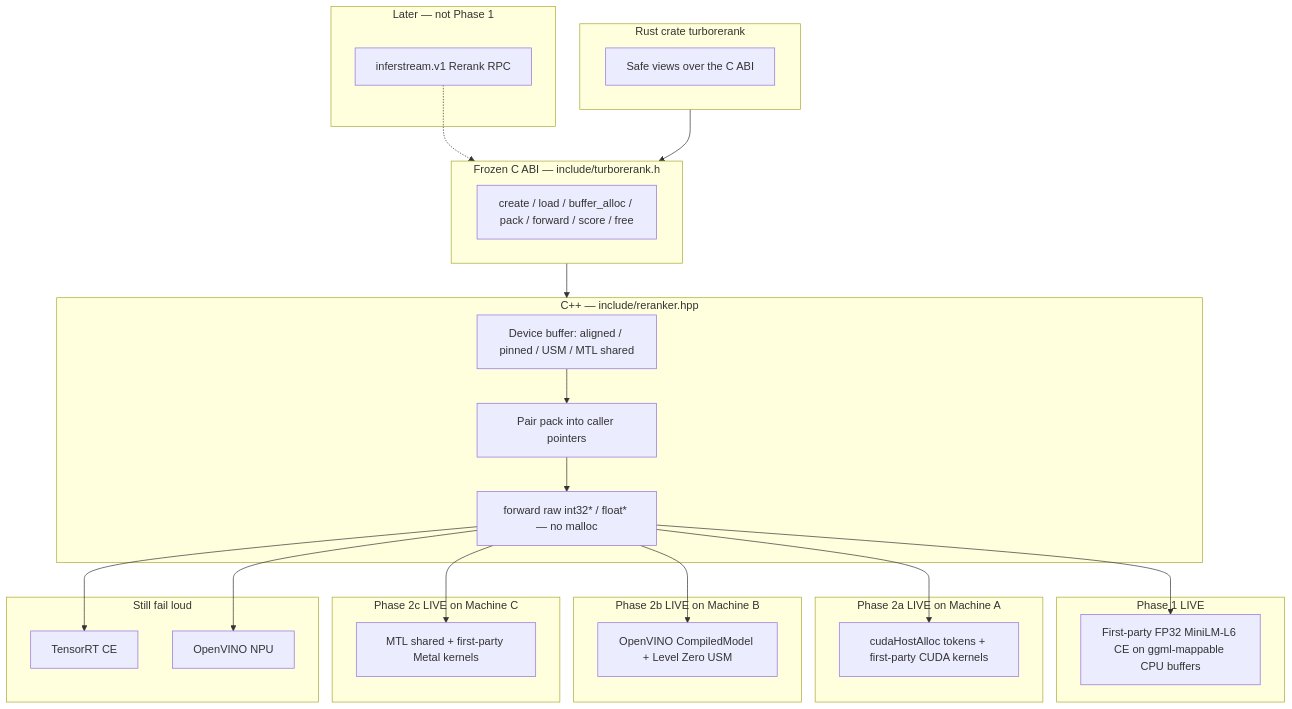
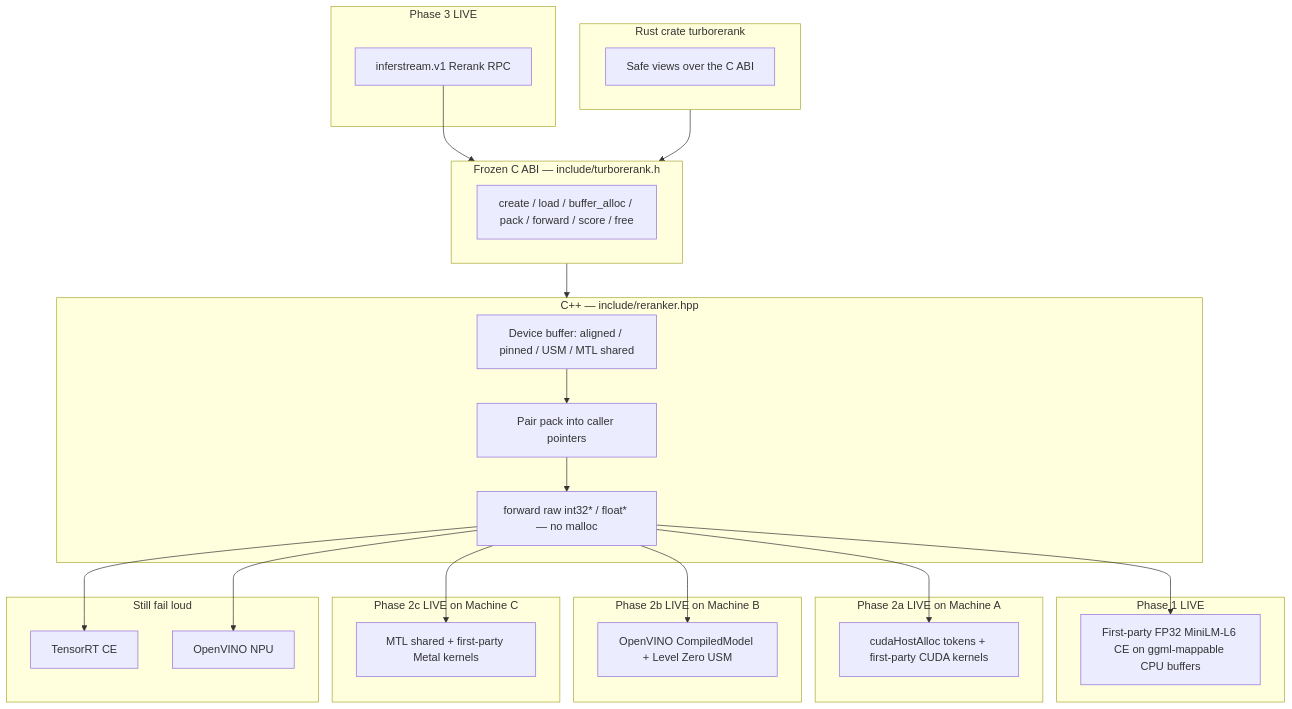
Before and after one commit to ai-pipestream/turboembed: the diagram in docs/turborerank-architecture.md, drawn with Mermaid. The commit also changed other lines of this file and 42 other files, not shown here.

First line of the commit message:
feat: wire gRPC Rerank through TurboRerank ABI

````diff
--- a/docs/turborerank-architecture.md
+++ b/docs/turborerank-architecture.md
@@ -160,52 +160,52 @@
 ```mermaid
 flowchart TB
-    subgraph later [Later — not Phase 1]
+    subgraph rpc [Phase 3 LIVE]
         RPC["inferstream.v1 Rerank RPC"]
     end
 
     subgraph rust [Rust crate turborerank]
         Safe["Safe views over the C ABI"]
     end
 
     subgraph abi [Frozen C ABI — include/turborerank.h]
         H["create / load / buffer_alloc / pack / forward / score / free"]
     end
 
     subgraph cpp [C++ — include/reranker.hpp]
         Buf["Device buffer: aligned / pinned / USM / MTL shared"]
         Pack["Pair pack into caller pointers"]
         Fwd["forward raw int32* / float* — no malloc"]
     end
 
     subgraph cpu [Phase 1 LIVE]
         BERT["First-party FP32 MiniLM-L6 CE on ggml-mappable CPU buffers"]
     end
 
     subgraph cuda [Phase 2a LIVE on Machine A]
         CUDA["cudaHostAlloc tokens + first-party CUDA kernels"]
     end
 
     subgraph ov [Phase 2b LIVE on Machine B]
         OV["OpenVINO CompiledModel + Level Zero USM"]
     end
 
     subgraph metal [Phase 2c LIVE on Machine C]
         MTL["MTL shared + first-party Metal kernels"]
     end
 
     subgraph laterhw [Still fail loud]
         TRT["TensorRT CE"]
         NPU["OpenVINO NPU"]
     end
 
-    RPC -.-> abi
+    RPC --> abi
     rust --> abi
     abi --> cpp
     Buf --> Pack --> Fwd
     Fwd --> BERT
     Fwd --> CUDA
     Fwd --> OV
     Fwd --> MTL
     Fwd --> TRT
     Fwd --> NPU
 ```
````
